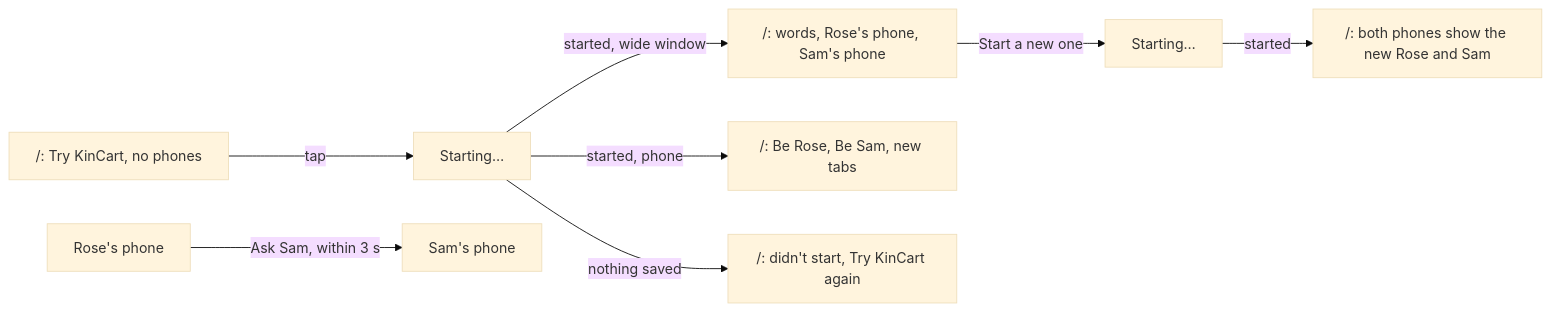
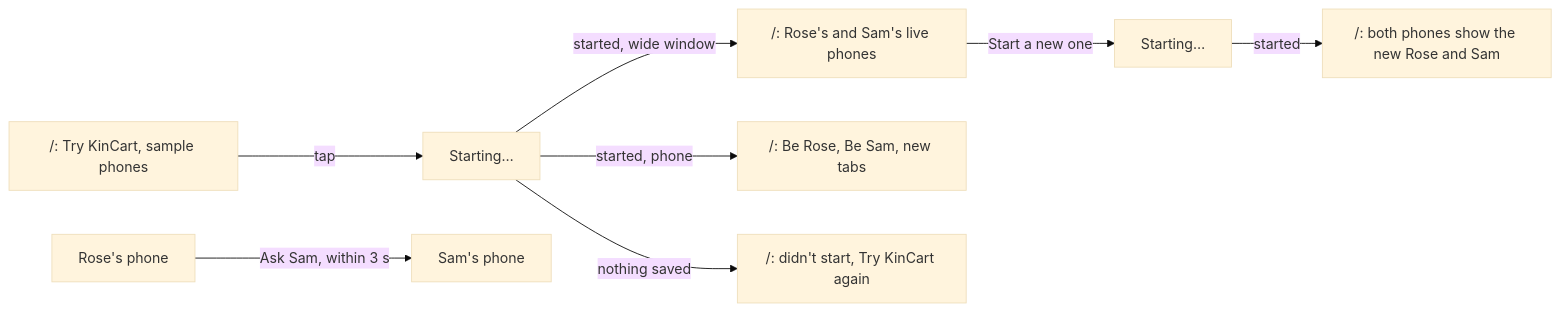
The second of 2 diagrams in docs/specs/demo-home.md (dzaffren/kincart), drawn with Mermaid (base theme) before and after one commit. The commit also changed other lines of this file, not shown here.

````diff
--- a/docs/specs/demo-home.md
+++ b/docs/specs/demo-home.md
@@ -100,10 +104,10 @@
 ```mermaid
 flowchart LR
-    N["/: Try KinCart, no phones"] -- "tap" --> B["Starting…"]
-    B -- "started, wide window" --> W["/: words, Rose's phone, Sam's phone"]
+    N["/: Try KinCart, sample phones"] -- "tap" --> B["Starting…"]
+    B -- "started, wide window" --> W["/: Rose's and Sam's live phones"]
     B -- "started, phone" --> P["/: Be Rose, Be Sam, new tabs"]
     B -- "nothing saved" --> F["/: didn't start, Try KinCart again"]
     W -- "Start a new one" --> B2["Starting…"]
     B2 -- "started" --> W2["/: both phones show the new Rose and Sam"]
     RF["Rose's phone"] -- "Ask Sam, within 3 s" --> SF["Sam's phone"]
 ```
````
